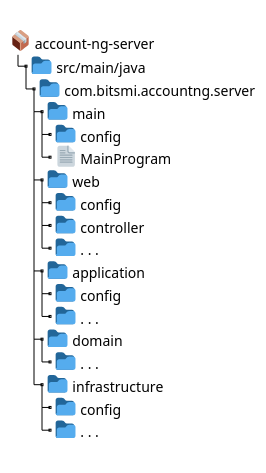
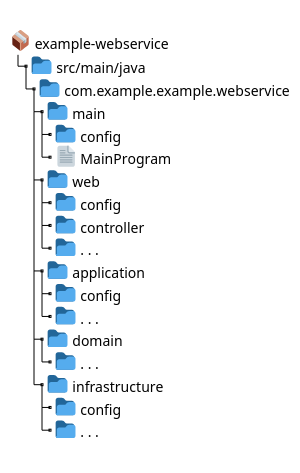
One commit to bitsmi-blog/springboot-showcase changed the third of 3 diagrams in docs/src/main/antora/modules/ways-of-working/pages/explanation/architecture.adoc. Above: the diagram before and after it, drawn with PlantUML. The commit also changed other lines of this file and 21 other files, not shown here.

```diff
--- a/docs/src/main/antora/modules/ways-of-working/pages/explanation/architecture.adoc
+++ b/docs/src/main/antora/modules/ways-of-working/pages/explanation/architecture.adoc
@@ -220,31 +229,31 @@
 [plantuml]
 ----
 @startuml
 skinparam Legend {
 	BackgroundColor transparent
 	BorderColor transparent
 }
 legend
 
-<:package:> account-ng-server
+<:package:> example-webservice
 |_ <:file_folder:> src/main/java
-  |_ <:file_folder:> com.bitsmi.accountng.server
+  |_ <:file_folder:> com.example.example.webservice
     |_ <:file_folder:> main
       |_ <:file_folder:> config
       |_ <:page_facing_up:> MainProgram
     |_ <:file_folder:> web
       |_ <:file_folder:> config
       |_ <:file_folder:> controller
       |_ <:file_folder:> . . .
     |_ <:file_folder:> application
       |_ <:file_folder:> config
       |_ <:file_folder:> . . .
     |_ <:file_folder:> domain
       |_ <:file_folder:> . . .
     |_ <:file_folder:> infrastructure
       |_ <:file_folder:> config
       |_ <:file_folder:> . . .
 
 end legend
 @end uml
 ----
```
